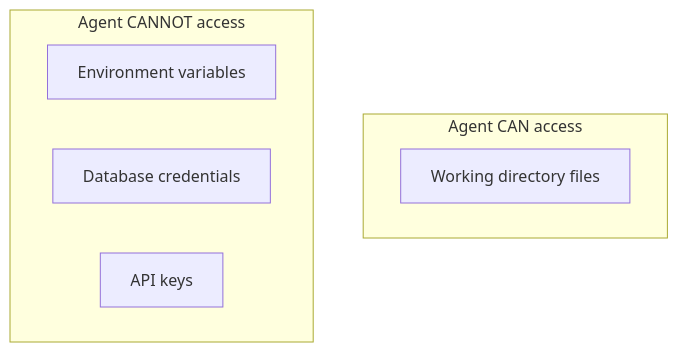
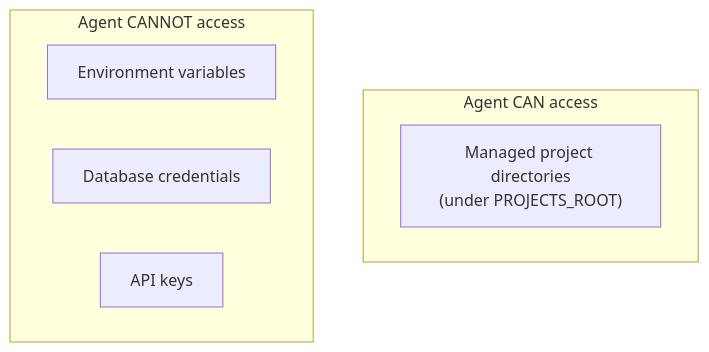
The third of 3 diagrams in spec/agent_runtime/02-configuration.md (Wh1isper/netherbrain), drawn with Mermaid before and after one commit. The commit also changed other lines of this file and 15 other files, not shown here.

````diff
--- a/spec/agent_runtime/02-configuration.md
+++ b/spec/agent_runtime/02-configuration.md
@@ -182,12 +209,12 @@
 ```mermaid
 flowchart TB
     subgraph Safe["Agent CAN access"]
-        WD["Working directory files"]
+        WD["Managed project directories<br/>(under PROJECTS_ROOT)"]
     end
 
     subgraph Blocked["Agent CANNOT access"]
         EV["Environment variables"]
         DB["Database credentials"]
         AK["API keys"]
     end
 ```
````
